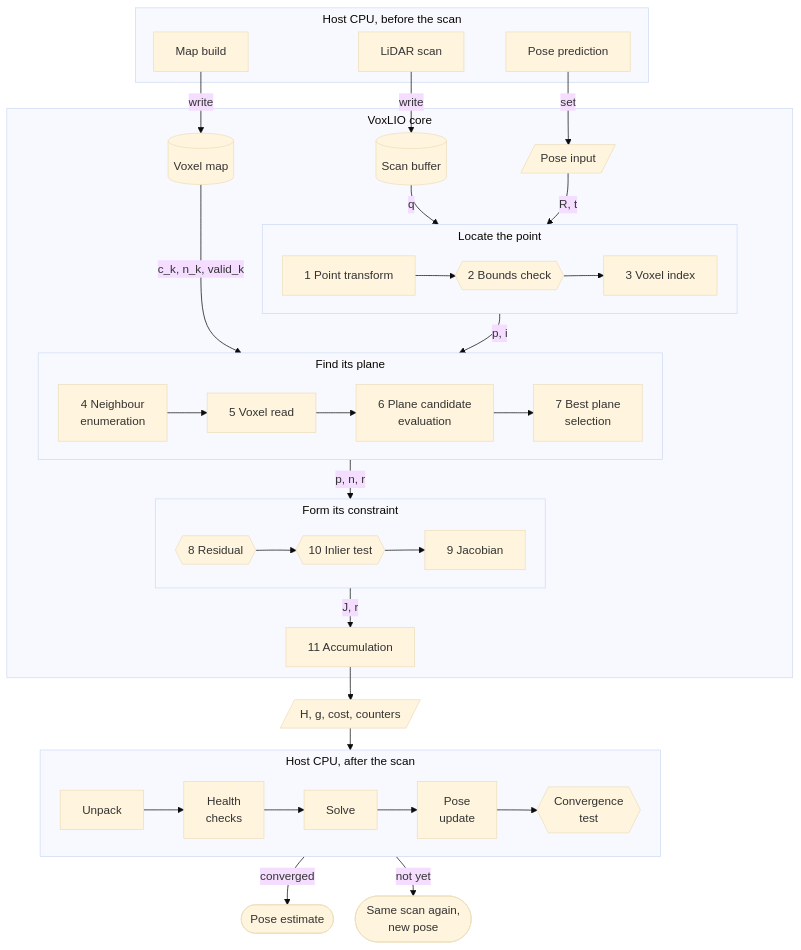
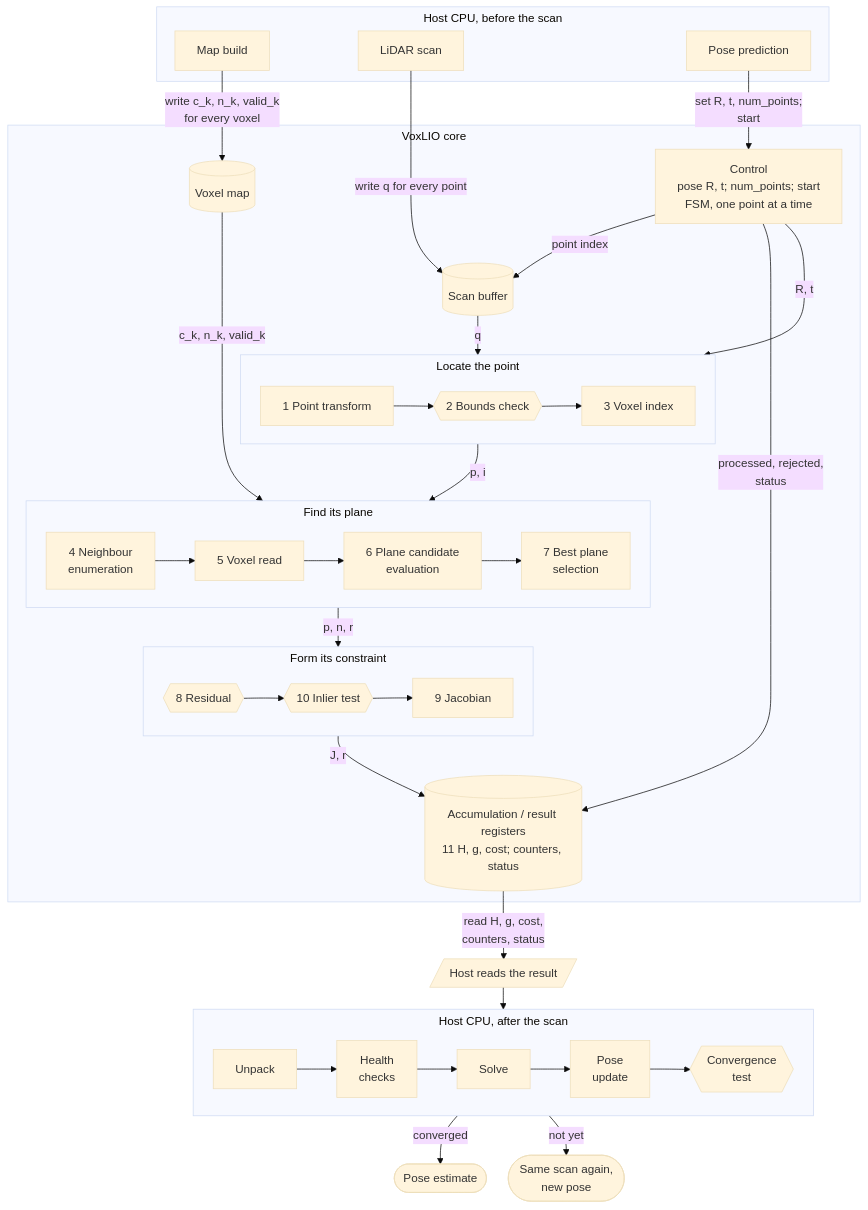
Before and after one commit to HengkerGila/VoxLIO_hackathon: the diagram in docs/mathematics.md, drawn with Mermaid (base theme). The commit also changed other lines of this file and 1 other file, not shown here.

````diff
--- a/docs/mathematics.md
+++ b/docs/mathematics.md
@@ -9,52 +9,55 @@
 ```mermaid
 %%{init: {"flowchart": {"nodeSpacing": 30, "rankSpacing": 30, "subGraphTitleMargin": {"top": 4, "bottom": 14}}}}%%
 flowchart TD
     %% Layout rules (they keep the rows horizontal on Mermaid 10 to 12):
     %% link a row only as a whole box, and only to its neighbours inside the
     %% same parent box; cross a box border only between plain nodes; no
     %% arrow may loop back.
     subgraph BEFORE["Host CPU, before the scan"]
         MAP["Map build"]
         SCAN["LiDAR scan"]
         POSE["Pose prediction"]
     end
 
     subgraph CORE["VoxLIO core"]
+        SB[("Scan buffer")]
         VM[("Voxel map")]
-        SB[("Scan buffer")]
-        PIN[/"Pose input"/]
+        CTL["Control<br/>pose R, t; num_points; start<br/>FSM, one point at a time"]
         subgraph LOCATE["Locate the point"]
             direction LR
             S1["1 Point transform"] --> S2{{"2 Bounds check"}} --> S3["3 Voxel index"]
         end
         subgraph SEARCH["Find its plane"]
             direction LR
             S4["4 Neighbour<br/>enumeration"] --> S5["5 Voxel read"] --> S6["6 Plane candidate<br/>evaluation"] --> S7["7 Best plane<br/>selection"]
         end
         subgraph CONSTRAINT["Form its constraint"]
             direction LR
             S8{{"8 Residual"}} --> S10{{"10 Inlier test"}} --> S9["9 Jacobian"]
         end
-        S11["11 Accumulation"]
+        ACC[("Accumulation / result registers<br/>11 H, g, cost; counters, status")]
+        CTL -- "point index" --> SB
         SB -- "q" --> LOCATE
-        PIN -- "R, t" --> LOCATE
+        CTL -- "R, t" --> LOCATE
         VM -- "c_k, n_k, valid_k" --> SEARCH
         LOCATE -- "p, i" --> SEARCH
         SEARCH -- "p, n, r" --> CONSTRAINT
-        CONSTRAINT -- "J, r" --> S11
+        CONSTRAINT -- "J, r" --> ACC
+        CTL -- "processed, rejected,<br/>status" --> ACC
     end
 
-    OUT[/"H, g, cost, counters"/]
+    RD[/"Host reads the result"/]
 
     subgraph AFTER["Host CPU, after the scan"]
         direction LR
         U["Unpack"] --> HC["Health<br/>checks"] --> SV["Solve"] --> PU["Pose<br/>update"] --> CT{{"Convergence<br/>test"}}
     end
 
-    MAP -- write --> VM
-    SCAN -- write --> SB
-    POSE -- set --> PIN
-    S11 --> OUT --> AFTER
+    MAP -- "write c_k, n_k, valid_k<br/>for every voxel" --> VM
+    SCAN -- "write q for every point" --> SB
+    POSE -- "set R, t, num_points;<br/>start" --> CTL
+    ACC -- "read H, g, cost,<br/>counters, status" --> RD
+    RD --> AFTER
     AFTER -- converged --> EST(["Pose estimate"])
     AFTER -- not yet --> AGAIN(["Same scan again,<br/>new pose"])
 ```
````
